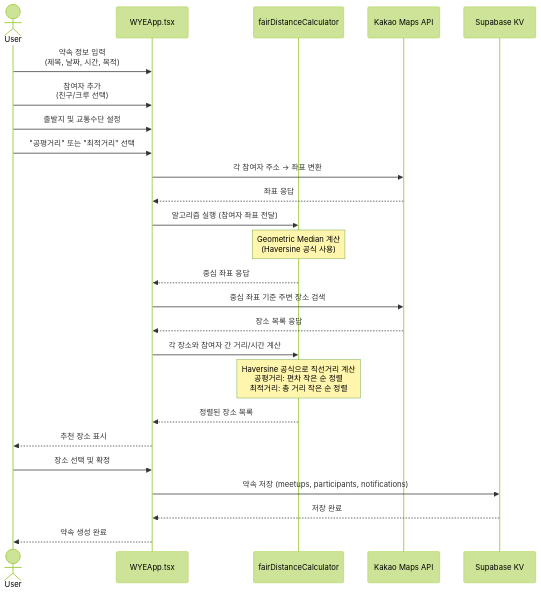
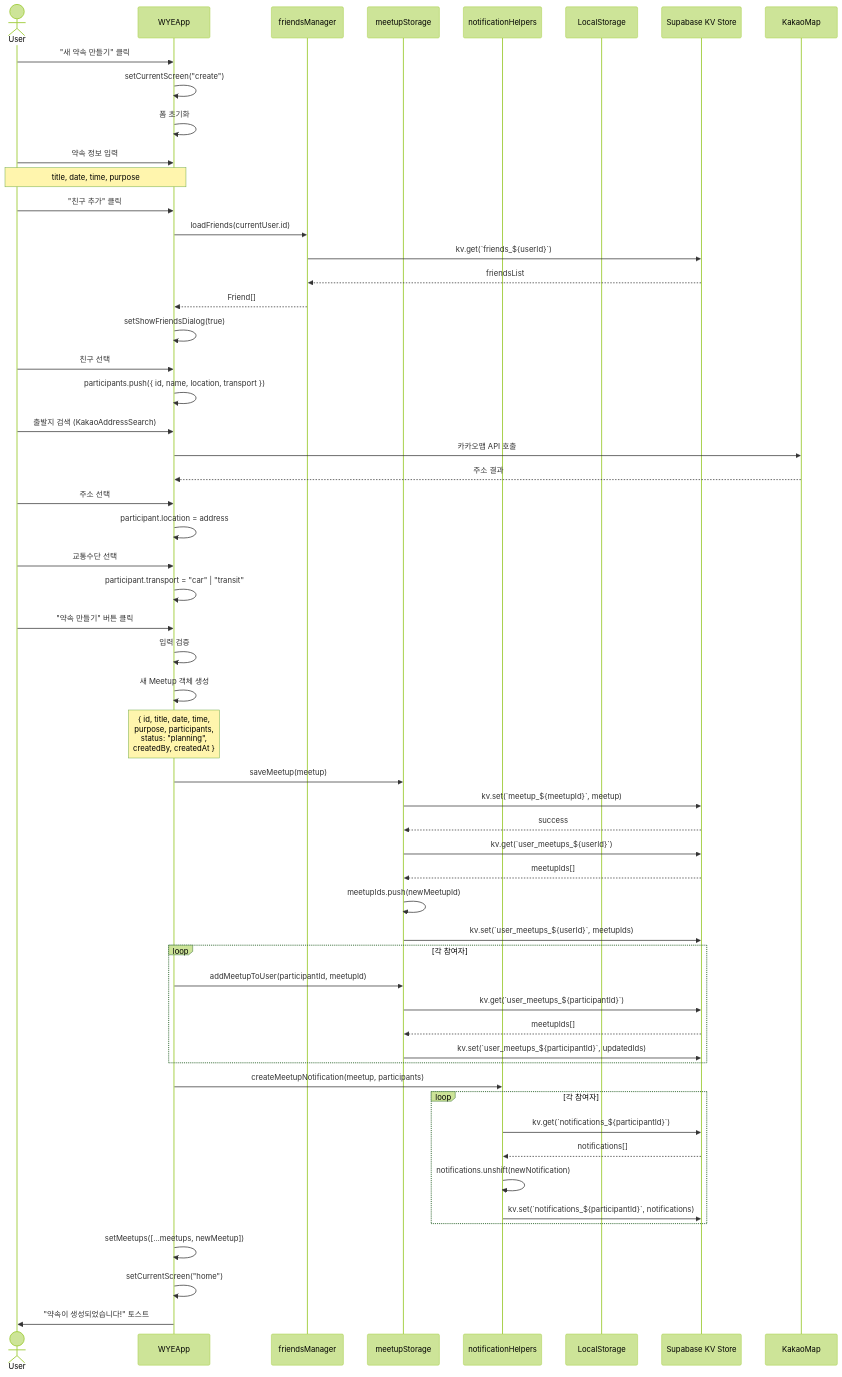
The second of 8 diagrams in README.md (mongkwon/graduateproj1), drawn with Mermaid (forest theme) before and after one commit. The commit also changed other lines of this file, not shown here.

````diff
--- a/README.md
+++ b/README.md
@@ -32,37 +54,69 @@
 ```mermaid
 sequenceDiagram
     actor User
-    participant WYE as WYEApp.tsx
-    participant Calc as fairDistanceCalculator
-    participant Kakao as Kakao Maps API
-    participant KV as Supabase KV
+    participant WYEApp
+    participant FriendsManager as friendsManager
+    participant MeetupStorage as meetupStorage
+    participant NotificationHelper as notificationHelpers
+    participant LocalStorage
+    participant SupabaseKV as Supabase KV Store
 
-    User->>WYE: 약속 정보 입력<br/>(제목, 날짜, 시간, 목적)
-    User->>WYE: 참여자 추가<br/>(친구/크루 선택)
-    User->>WYE: 출발지 및 교통수단 설정
-    User->>WYE: "공평거리" 또는 "최적거리" 선택
+    User->>WYEApp: "새 약속 만들기" 클릭
+    WYEApp->>WYEApp: setCurrentScreen("create")
+    WYEApp->>WYEApp: 폼 초기화
     
-    WYE->>Kakao: 각 참여자 주소 → 좌표 변환
-    Kakao-->>WYE: 좌표 응답
+    User->>WYEApp: 약속 정보 입력
+    Note over User,WYEApp: title, date, time, purpose
     
-    WYE->>Calc: 알고리즘 실행 (참여자 좌표 전달)
+    User->>WYEApp: "친구 추가" 클릭
+    WYEApp->>FriendsManager: loadFriends(currentUser.id)
+    FriendsManager->>SupabaseKV: kv.get(`friends_${userId}`)
+    SupabaseKV-->>FriendsManager: friendsList
+    FriendsManager-->>WYEApp: Friend[]
+    WYEApp->>WYEApp: setShowFriendsDialog(true)
     
-    Note over Calc: Geometric Median 계산<br/>(Haversine 공식 사용)
+    User->>WYEApp: 친구 선택
+    WYEApp->>WYEApp: participants.push({ id, name, location, transport })
     
-    Calc-->>WYE: 중심 좌표 응답
+    User->>WYEApp: 출발지 검색 (KakaoAddressSearch)
+    WYEApp->>KakaoMap: 카카오맵 API 호출
+    KakaoMap-->>WYEApp: 주소 결과
+    User->>WYEApp: 주소 선택
+    WYEApp->>WYEApp: participant.location = address
     
-    WYE->>Kakao: 중심 좌표 기준 주변 장소 검색
-    Kakao-->>WYE: 장소 목록 응답
+    User->>WYEApp: 교통수단 선택
+    WYEApp->>WYEApp: participant.transport = "car" | "transit"
     
-    WYE->>Calc: 각 장소와 참여자 간 거리/시간 계산
+    User->>WYEApp: "약속 만들기" 버튼 클릭
+    WYEApp->>WYEApp: 입력 검증
     
-    Note over Calc: Haversine 공식으로 직선거리 계산<br/>공평거리: 편차 작은 순 정렬<br/>최적거리: 총 거리 작은 순 정렬
+    WYEApp->>WYEApp: 새 Meetup 객체 생성
+    Note over WYEApp: { id, title, date, time,<br/>purpose, participants,<br/>status: "planning",<br/>createdBy, createdAt }
     
-    Calc-->>WYE: 정렬된 장소 목록
-    WYE-->>User: 추천 장소 표시
+    WYEApp->>MeetupStorage: saveMeetup(meetup)
+    MeetupStorage->>SupabaseKV: kv.set(`meetup_${meetupId}`, meetup)
+    SupabaseKV-->>MeetupStorage: success
+    MeetupStorage->>SupabaseKV: kv.get(`user_meetups_${userId}`)
+    SupabaseKV-->>MeetupStorage: meetupIds[]
+    MeetupStorage->>MeetupStorage: meetupIds.push(newMeetupId)
+    MeetupStorage->>SupabaseKV: kv.set(`user_meetups_${userId}`, meetupIds)
     
-    User->>WYE: 장소 선택 및 확정
-    WYE->>KV: 약속 저장 (meetups, participants, notifications)
-    KV-->>WYE: 저장 완료
-    WYE-->>User: 약속 생성 완료
+    loop 각 참여자
+        WYEApp->>MeetupStorage: addMeetupToUser(participantId, meetupId)
+        MeetupStorage->>SupabaseKV: kv.get(`user_meetups_${participantId}`)
+        SupabaseKV-->>MeetupStorage: meetupIds[]
+        MeetupStorage->>SupabaseKV: kv.set(`user_meetups_${participantId}`, updatedIds)
+    end
+    
+    WYEApp->>NotificationHelper: createMeetupNotification(meetup, participants)
+    loop 각 참여자
+        NotificationHelper->>SupabaseKV: kv.get(`notifications_${participantId}`)
+        SupabaseKV-->>NotificationHelper: notifications[]
+        NotificationHelper->>NotificationHelper: notifications.unshift(newNotification)
+        NotificationHelper->>SupabaseKV: kv.set(`notifications_${participantId}`, notifications)
+    end
+    
+    WYEApp->>WYEApp: setMeetups([...meetups, newMeetup])
+    WYEApp->>WYEApp: setCurrentScreen("home")
+    WYEApp->>User: "약속이 생성되었습니다!" 토스트
 ```
````
